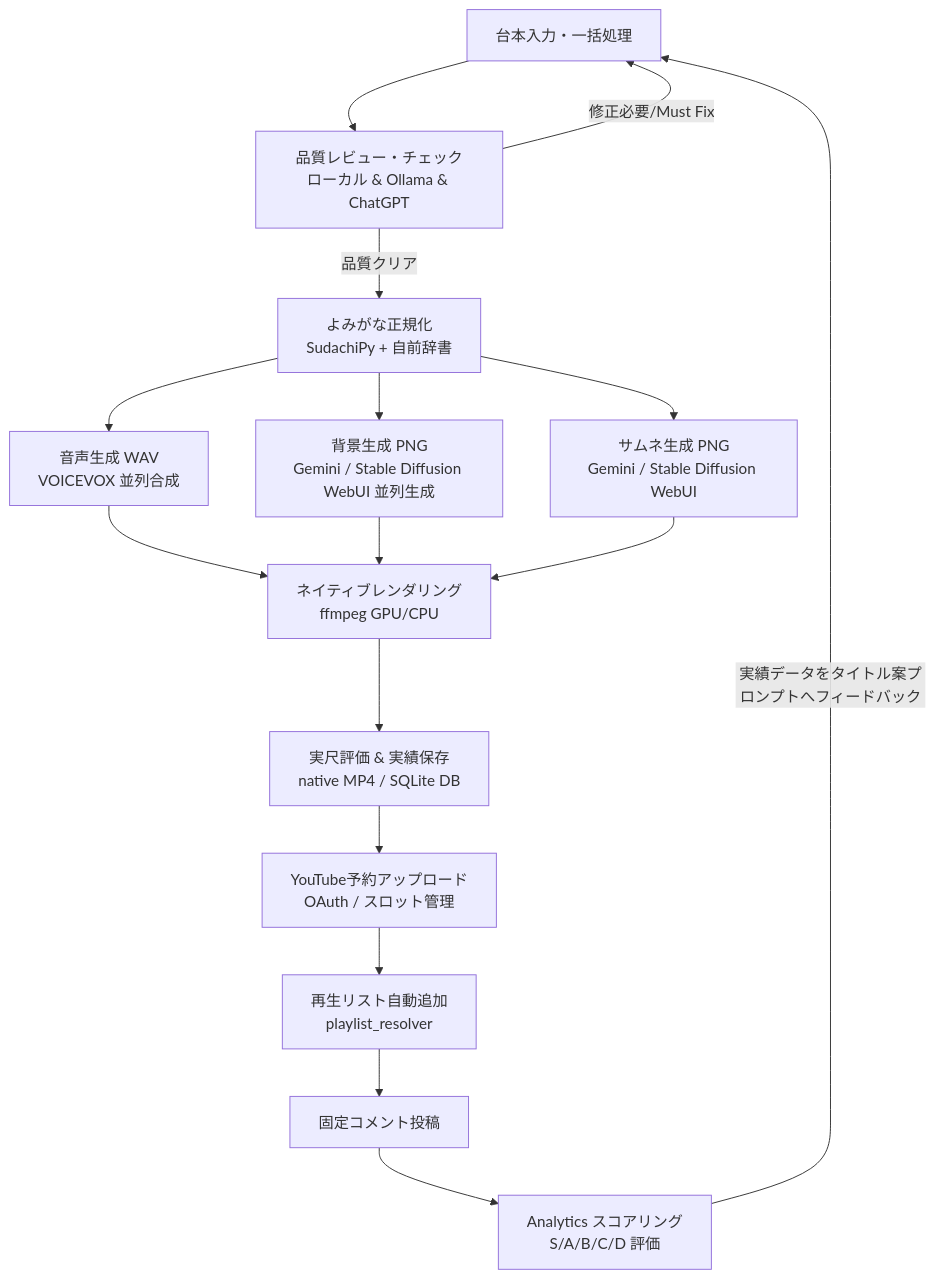
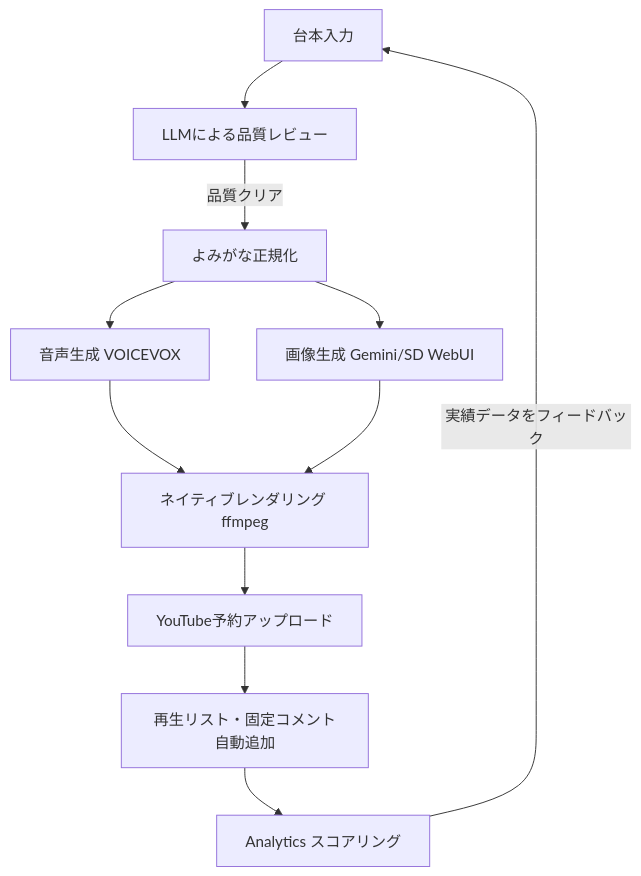
The diagram in README.md (benybeny777/PicoCast), drawn with Mermaid before and after one commit. The commit also changed other lines of this file and 2 other files, not shown here.

````diff
--- a/README.md
+++ b/README.md
@@ -41,18 +58,13 @@
 ```mermaid
 graph TD
-    A[台本入力・一括処理] --> B[品質レビュー・チェック<br/>ローカル & Ollama & ChatGPT]
-    B -->|修正必要/Must Fix| A
-    B -->|品質クリア| C[よみがな正規化<br/>SudachiPy + 自前辞書]
-    C --> D[音声生成 WAV<br/>VOICEVOX 並列合成]
-    C --> E[背景生成 PNG<br/>Gemini / Stable Diffusion WebUI 並列生成]
-    C --> T[サムネ生成 PNG<br/>Gemini / Stable Diffusion WebUI]
-    D --> F[ネイティブレンダリング<br/>ffmpeg GPU/CPU]
+    A[台本入力] --> B[LLMによる品質レビュー]
+    B -->|品質クリア| C[よみがな正規化]
+    C --> D[音声生成 VOICEVOX]
+    C --> E[画像生成 Gemini/SD WebUI]
+    D --> F[ネイティブレンダリング ffmpeg]
     E --> F
-    T --> F
-    F --> G[実尺評価 & 実績保存<br/>native MP4 / SQLite DB]
-    G --> H[YouTube予約アップロード<br/>OAuth / スロット管理]
-    H --> I[再生リスト自動追加<br/>playlist_resolver]
-    I --> J[固定コメント投稿]
-    J --> K[Analytics スコアリング<br/>S/A/B/C/D 評価]
-    K -->|実績データをタイトル案プロンプトへフィードバック| A
+    F --> G[YouTube予約アップロード]
+    G --> H[再生リスト・固定コメント自動追加]
+    H --> I[Analytics スコアリング]
+    I -->|実績データをフィードバック| A
 ```
````
